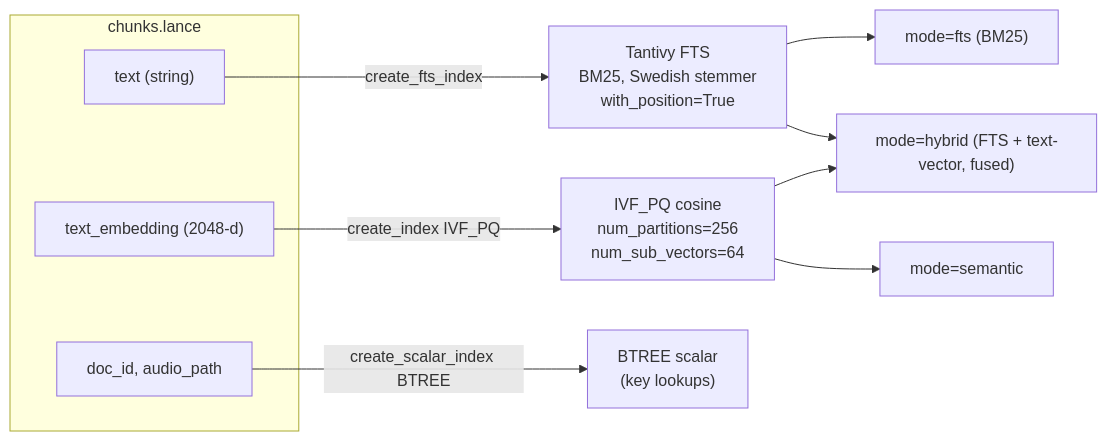
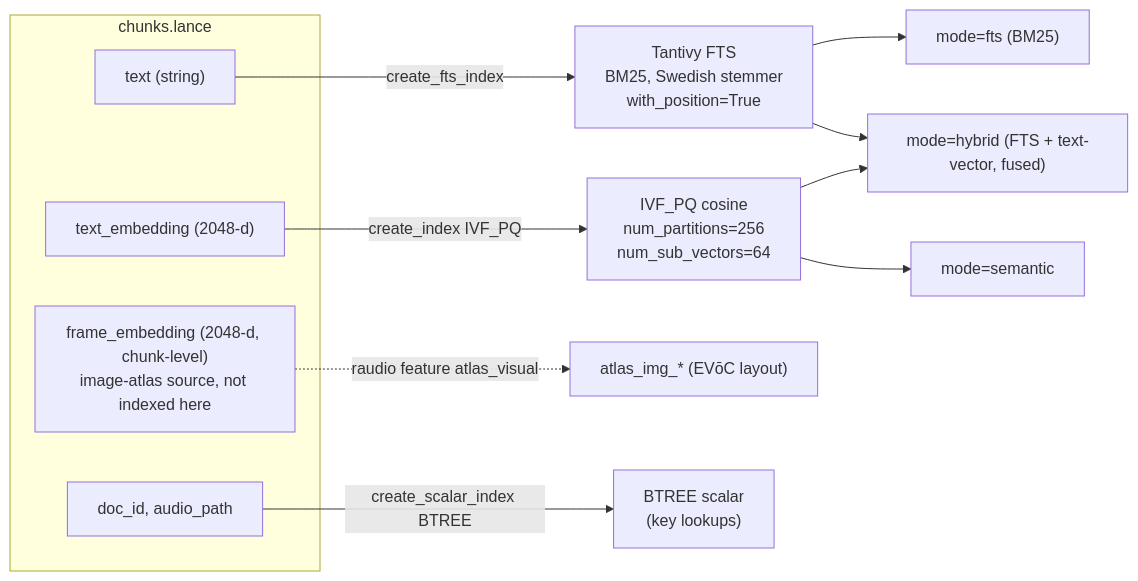
One commit to Borg93/lance-audio-demo changed the third of 3 diagrams in docs/STORAGE.md. Above: the diagram before and after it, drawn with Mermaid. The commit also changed other lines of this file and 29 other files, not shown here.

First line of the commit message:
Embedding Atlas: WebGPU scatter, EVōC text+visual projections, cross-filter

````diff
--- a/docs/STORAGE.md
+++ b/docs/STORAGE.md
@@ -306,15 +328,17 @@
 ```mermaid
 flowchart LR
     subgraph chunks_table["chunks.lance"]
         T["text (string)"]
         TE["text_embedding (2048-d)"]
+        FE["frame_embedding (2048-d, chunk-level)<br/>image-atlas source, not indexed here"]
         DI["doc_id, audio_path"]
     end
     T -->|"create_fts_index"| FTS["Tantivy FTS<br/>BM25, Swedish stemmer<br/>with_position=True"]
     TE -->|"create_index IVF_PQ"| ANN["IVF_PQ cosine<br/>num_partitions=256<br/>num_sub_vectors=64"]
+    FE -.->|"raudio feature atlas_visual"| ATL["atlas_img_* (EVōC layout)"]
     DI -->|"create_scalar_index BTREE"| BT["BTREE scalar<br/>(key lookups)"]
     FTS --> Q1["mode=fts (BM25)"]
     ANN --> Q2["mode=semantic"]
     FTS --> Q3["mode=hybrid (FTS + text-vector, fused)"]
     ANN --> Q3
 ```
````
